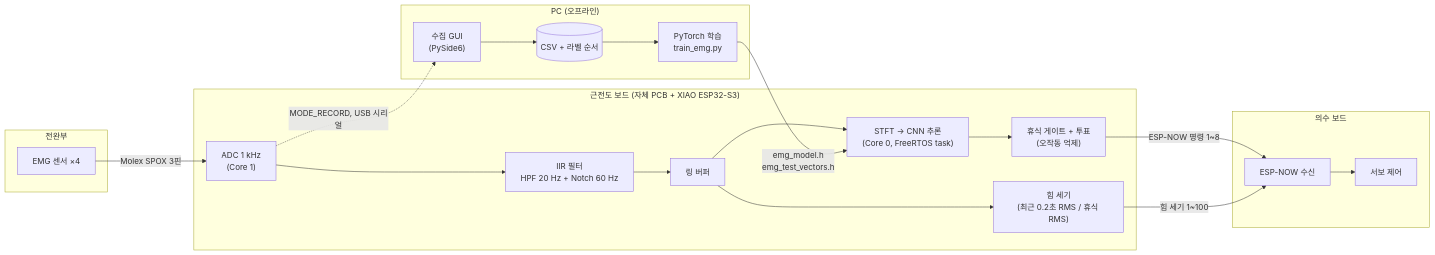
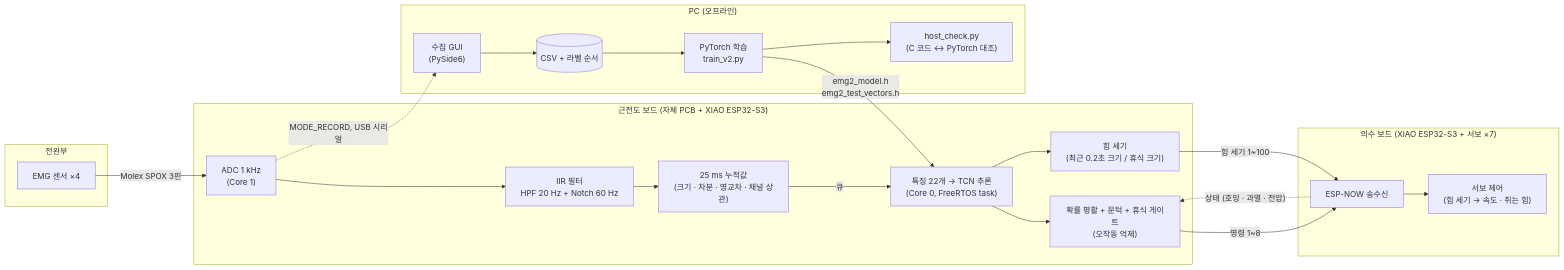
Before and after one commit to qetad13/rehand-emg-prosthesis: the diagram in README.md, drawn with Mermaid. The commit also changed other lines of this file and 37 other files, not shown here.

First line of the commit message:
v2 전용 브랜치: 기존 STFT+CNN 파일 제거

````diff
--- a/README.md
+++ b/README.md
@@ -46,26 +33,28 @@
 ```mermaid
 flowchart LR
     subgraph Arm["전완부"]
         S1[EMG 센서 ×4]
     end
     subgraph EMG["근전도 보드 (자체 PCB + XIAO ESP32-S3)"]
         ADC["ADC 1 kHz<br/>(Core 1)"] --> F["IIR 필터<br/>HPF 20 Hz + Notch 60 Hz"]
-        F --> RB[링 버퍼]
-        RB --> INF["STFT → CNN 추론<br/>(Core 0, FreeRTOS task)"]
-        INF --> V["휴식 게이트 + 투표<br/>(오작동 억제)"]
-        RB --> ST["힘 세기<br/>(최근 0.2초 RMS / 휴식 RMS)"]
+        F --> HOP["25 ms 누적값<br/>(크기 · 차분 · 영교차 · 채널 상관)"]
+        HOP -->|큐| INF["특징 22개 → TCN 추론<br/>(Core 0, FreeRTOS task)"]
+        INF --> V["확률 평활 + 문턱 + 휴식 게이트<br/>(오작동 억제)"]
+        INF --> ST["힘 세기<br/>(최근 0.2초 크기 / 휴식 크기)"]
     end
-    subgraph Hand["의수 보드"]
-        R[ESP-NOW 수신] --> SV[서보 제어]
+    subgraph Hand["의수 보드 (XIAO ESP32-S3 + 서보 ×7)"]
+        R[ESP-NOW 송수신] --> SV["서보 제어<br/>(힘 세기 → 속도 · 쥐는 힘)"]
     end
     S1 -->|Molex SPOX 3핀| ADC
-    V -->|ESP-NOW 명령 1~8| R
+    V -->|명령 1~8| R
     ST -->|힘 세기 1~100| R
+    R -.->|"상태 (호밍 · 과열 · 전압)"| V
 
     subgraph PC["PC (오프라인)"]
         GUI["수집 GUI<br/>(PySide6)"] --> CSV[(CSV + 라벨 순서)]
-        CSV --> TR["PyTorch 학습<br/>train_emg.py"]
-        TR -->|"emg_model.h<br/>emg_test_vectors.h"| INF
+        CSV --> TR["PyTorch 학습<br/>train_v2.py"]
+        TR -->|"emg2_model.h<br/>emg2_test_vectors.h"| INF
+        TR --> HC["host_check.py<br/>(C 코드 ↔ PyTorch 대조)"]
     end
     ADC -.->|MODE_RECORD, USB 시리얼| GUI
 ```
````
